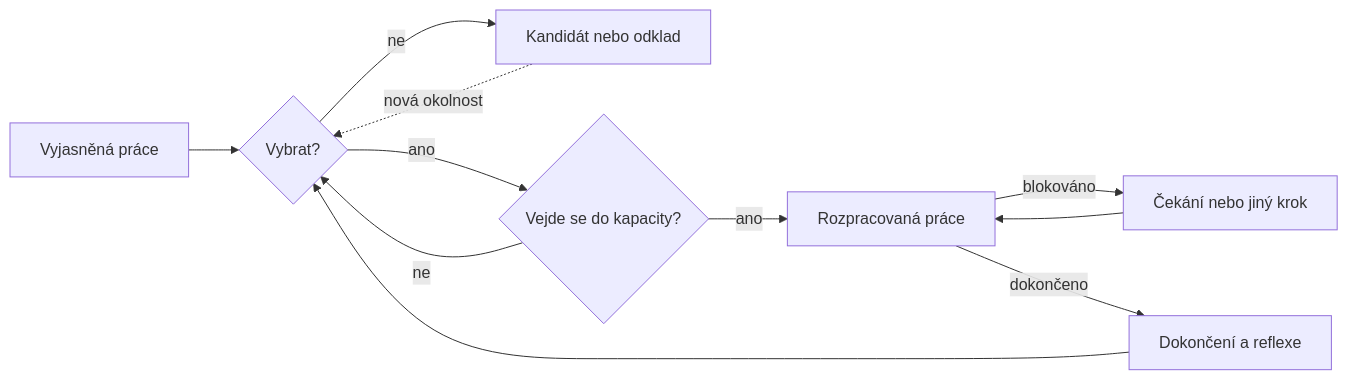
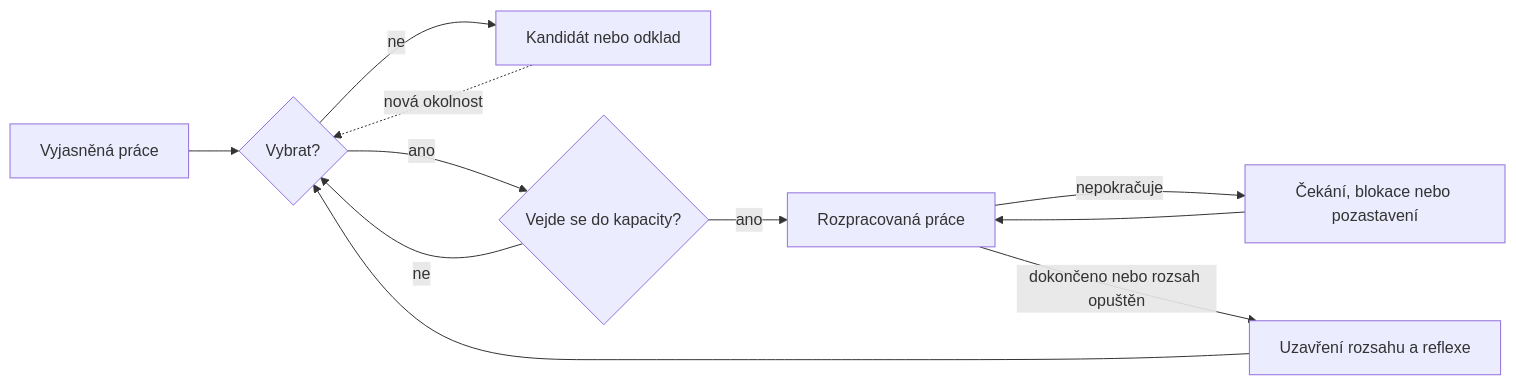
One commit to Semtexcz/PLOS changed the diagram in docs/how-to/manage-workflow.md. Above: the diagram before and after it, drawn with Mermaid. The commit also changed other lines of this file and 7 other files, not shown here.

````diff
--- a/docs/how-to/manage-workflow.md
+++ b/docs/how-to/manage-workflow.md
@@ -17,13 +17,13 @@
 ```mermaid
 flowchart LR
     A["Vyjasněná práce"] --> B{"Vybrat?"}
     B -->|"ne"| C["Kandidát nebo odklad"]
     B -->|"ano"| D{"Vejde se do kapacity?"}
     D -->|"ne"| B
     D -->|"ano"| E["Rozpracovaná práce"]
-    E -->|"blokováno"| F["Čekání nebo jiný krok"]
+    E -->|"nepokračuje"| F["Čekání, blokace nebo pozastavení"]
     F --> E
-    E -->|"dokončeno"| G["Dokončení a reflexe"]
+    E -->|"dokončeno nebo rozsah opuštěn"| G["Uzavření rozsahu a reflexe"]
     G --> B
     C -.->|"nová okolnost"| B
 ```
````
